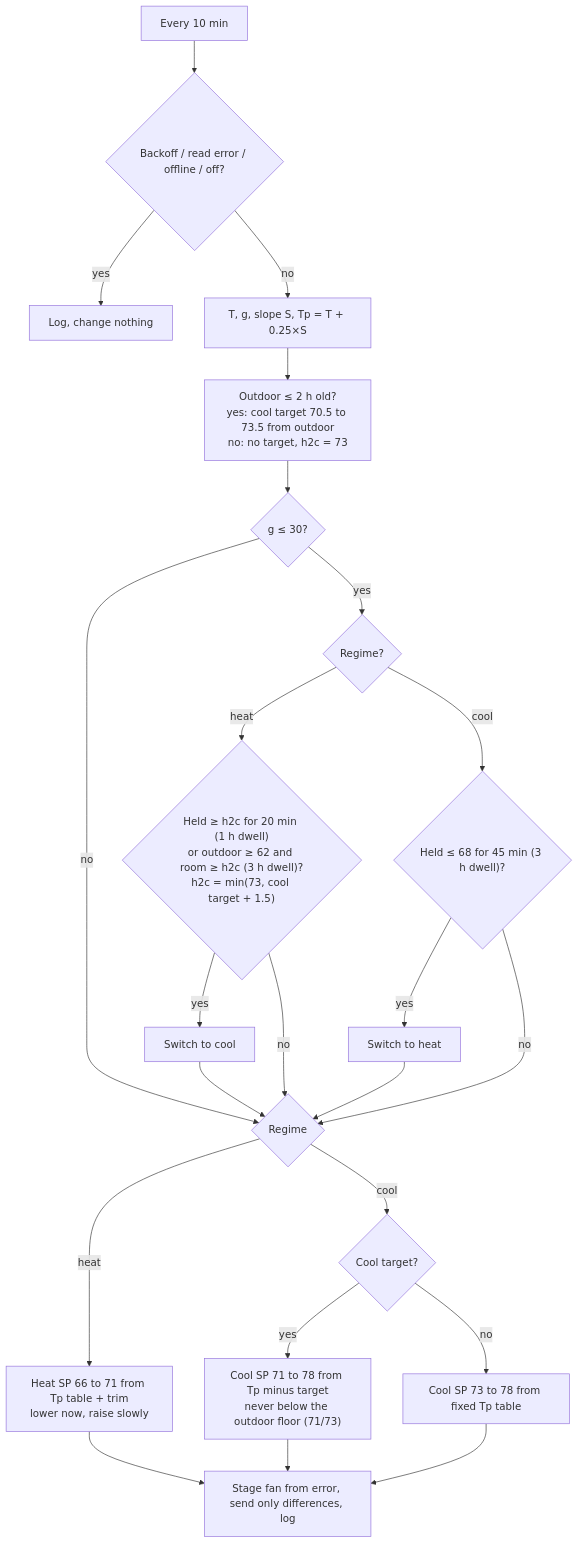
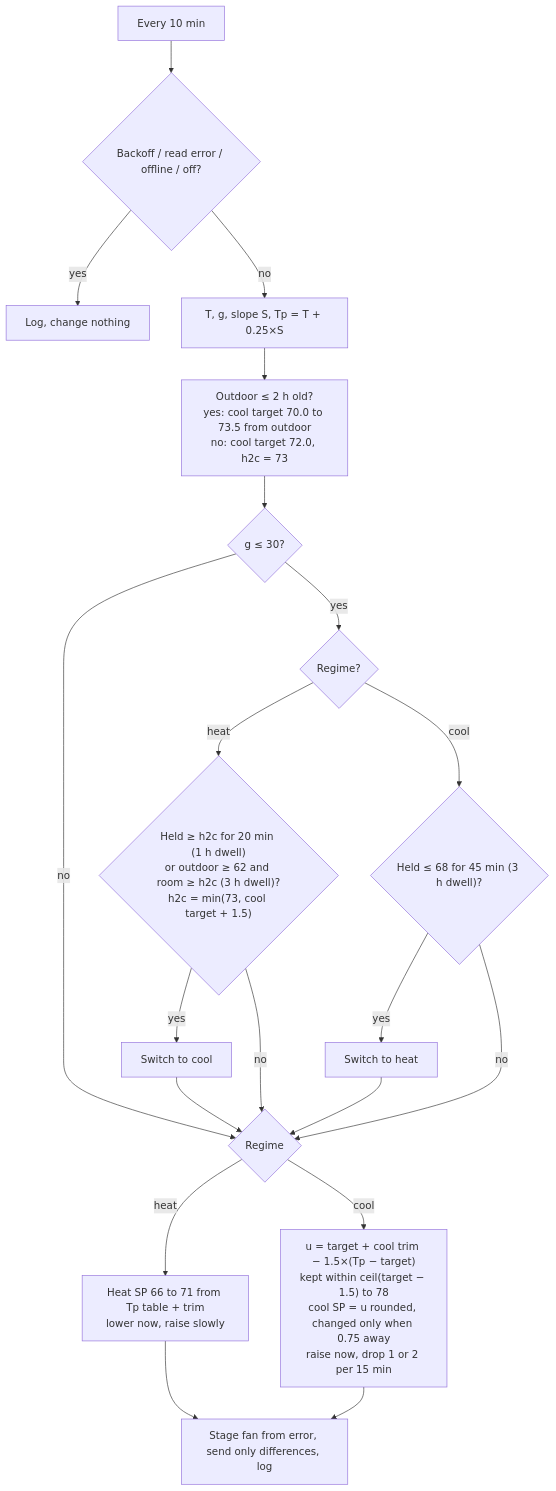
Before and after one commit to chrisperish/mitsubishi-mini-split-controller: the diagram in README.md, drawn with Mermaid. The commit also changed other lines of this file and 14 other files, not shown here.

````diff
--- a/README.md
+++ b/README.md
@@ -23,25 +23,22 @@
 ```mermaid
 flowchart TD
     A["Every 10 min"] --> B{"Backoff / read error / offline / off?"}
     B -- yes --> Z["Log, change nothing"]
     B -- no --> C["T, g, slope S, Tp = T + 0.25×S"]
-    C --> O["Outdoor ≤ 2 h old?<br>yes: cool target 70.5 to 73.5 from outdoor<br>no: no target, h2c = 73"]
+    C --> O["Outdoor ≤ 2 h old?<br>yes: cool target 70.0 to 73.5 from outdoor<br>no: cool target 72.0, h2c = 73"]
     O --> D{"g ≤ 30?"}
     D -- no --> H
     D -- yes --> E{"Regime?"}
     E -- heat --> F{"Held ≥ h2c for 20 min (1 h dwell)<br>or outdoor ≥ 62 and room ≥ h2c (3 h dwell)?<br>h2c = min(73, cool target + 1.5)"}
     E -- cool --> G{"Held ≤ 68 for 45 min (3 h dwell)?"}
     F -- yes --> FC["Switch to cool"]
     G -- yes --> GH["Switch to heat"]
     F -- no --> H
     G -- no --> H
     FC --> H
     GH --> H
     H{"Regime"} -- heat --> HH["Heat SP 66 to 71 from Tp table + trim<br>lower now, raise slowly"]
-    H -- cool --> CC{"Cool target?"}
-    CC -- yes --> CA["Cool SP 71 to 78 from Tp minus target<br>never below the outdoor floor (71/73)"]
-    CC -- no --> CF["Cool SP 73 to 78 from fixed Tp table"]
+    H -- cool --> CA["u = target + cool trim − 1.5×(Tp − target)<br>kept within ceil(target − 1.5) to 78<br>cool SP = u rounded, changed only when 0.75 away<br>raise now, drop 1 or 2 per 15 min"]
     HH --> S["Stage fan from error, send only differences, log"]
     CA --> S
-    CF --> S
 ```
````
